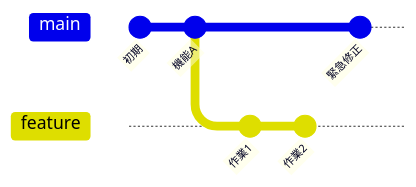
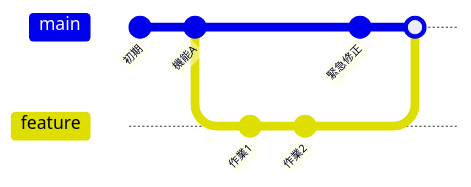
Before and after one commit to RikiFukushima/textbook-gen: the diagram in textbooks/git-basics/curriculums/basics/chapters/03/sections/01-branch.md, drawn with Mermaid. The commit also changed other lines of this file and 299 other files, not shown here.

````diff
--- a/textbooks/git-basics/curriculums/basics/chapters/03/sections/01-branch.md
+++ b/textbooks/git-basics/curriculums/basics/chapters/03/sections/01-branch.md
@@ -41,10 +41,11 @@
 ```mermaid
 gitGraph
   commit id: "初期"
   commit id: "機能A"
   branch feature
   commit id: "作業1"
   commit id: "作業2"
   checkout main
   commit id: "緊急修正"
+  merge feature
 ```
````
